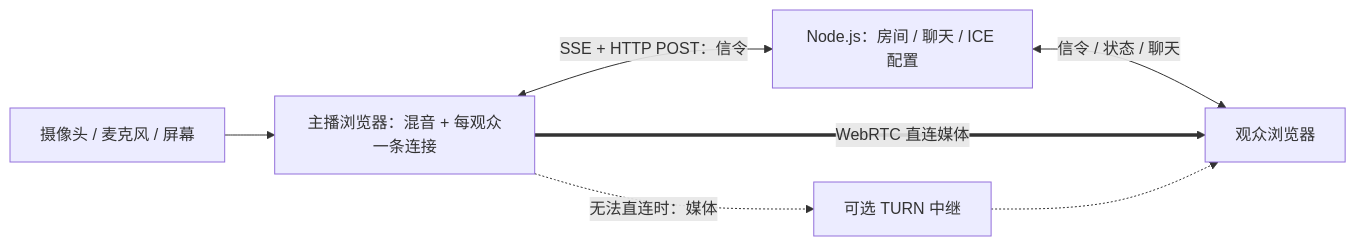
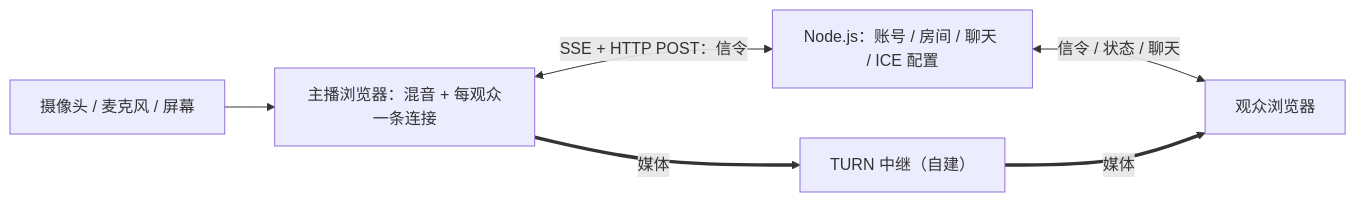
Before and after one commit to ko2en/luma-live: the diagram in README.md, drawn with Mermaid. The commit also changed other lines of this file and 16 other files, not shown here.

````diff
--- a/README.md
+++ b/README.md
@@ -81,9 +86,8 @@
 ```mermaid
 flowchart LR
   CAM["摄像头 / 麦克风 / 屏幕"] --> HOST["主播浏览器：混音 + 每观众一条连接"]
-  HOST <-->|"SSE + HTTP POST：信令"| APP["Node.js：房间 / 聊天 / ICE 配置"]
+  HOST <-->|"SSE + HTTP POST：信令"| APP["Node.js：账号 / 房间 / 聊天 / ICE 配置"]
   APP <-->|"信令 / 状态 / 聊天"| VIEW["观众浏览器"]
-  HOST ==>|"WebRTC 直连媒体"| VIEW
-  HOST -.->|"无法直连时：媒体"| TURN["可选 TURN 中继"]
-  TURN -.-> VIEW
+  HOST ==>|"媒体"| TURN["TURN 中继（自建）"]
+  TURN ==>|"媒体"| VIEW
 ```
````
